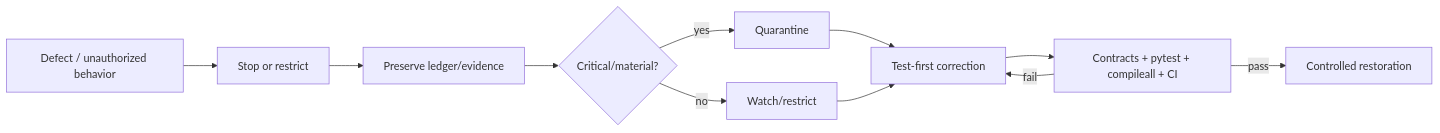
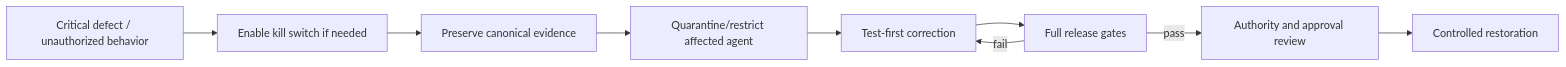
The third of 3 diagrams in docs/runbook.md (mkleinbe/mesh-ai-agent-cos-universe), drawn with Mermaid before and after one commit. The commit also changed other lines of this file, not shown here.

````diff
--- a/docs/runbook.md
+++ b/docs/runbook.md
@@ -57,13 +86,11 @@
 ```mermaid
 flowchart LR
-    D[Defect / unauthorized behavior] --> STOP[Stop or restrict]
-    STOP --> PRESERVE[Preserve ledger/evidence]
-    PRESERVE --> Q{Critical/material?}
-    Q -->|yes| QUAR[Quarantine]
-    Q -->|no| WATCH[Watch/restrict]
+    D[Critical defect / unauthorized behavior] --> KILL[Enable kill switch if needed]
+    KILL --> PRESERVE[Preserve canonical evidence]
+    PRESERVE --> QUAR[Quarantine/restrict affected agent]
     QUAR --> FIX[Test-first correction]
-    WATCH --> FIX
-    FIX --> CI[Contracts + pytest + compileall + CI]
-    CI -->|pass| RESTORE[Controlled restoration]
+    FIX --> CI[Full release gates]
+    CI -->|pass| REVIEW[Authority and approval review]
+    REVIEW --> RESTORE[Controlled restoration]
     CI -->|fail| FIX
 ```
````
